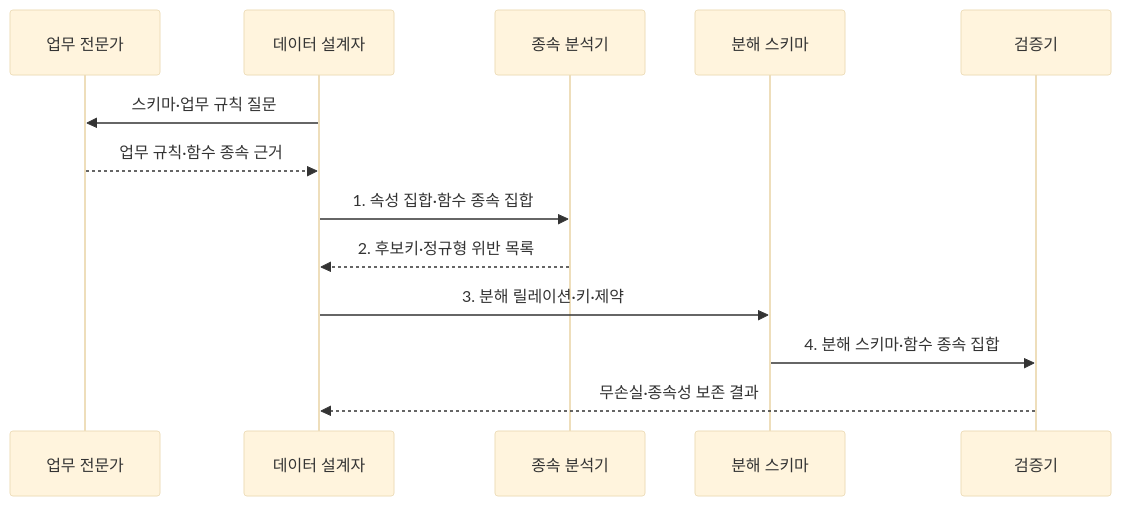
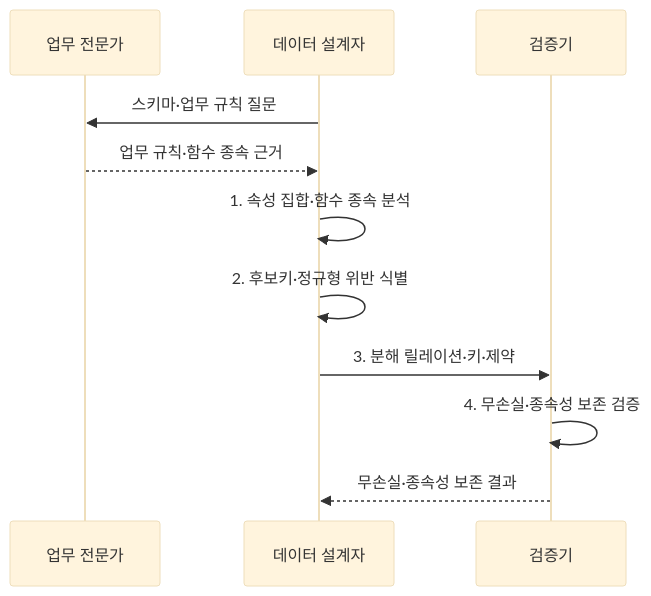
Before and after one commit to agnusdei1207/knowledge-base: the second of 2 diagrams in src/content/docs/notes/03-software/089_database_normalization.md, drawn with Mermaid (base theme). The commit also changed other lines of this file and 7 other files, not shown here.

Commit message:
Streamline software data diagrams

````diff
--- a/src/content/docs/notes/03-software/089_database_normalization.md
+++ b/src/content/docs/notes/03-software/089_database_normalization.md
@@ -100,15 +100,13 @@
 ```mermaid
 sequenceDiagram
     participant B as 업무 전문가
     participant D as 데이터 설계자
-    participant F as 종속 분석기
-    participant S as 분해 스키마
     participant V as 검증기
     D->>B: 스키마·업무 규칙 질문
     B-->>D: 업무 규칙·함수 종속 근거
-    D->>F: 1. 속성 집합·함수 종속 집합
-    F-->>D: 2. 후보키·정규형 위반 목록
-    D->>S: 3. 분해 릴레이션·키·제약
-    S->>V: 4. 분해 스키마·함수 종속 집합
+    D->>D: 1. 속성 집합·함수 종속 분석
+    D->>D: 2. 후보키·정규형 위반 식별
+    D->>V: 3. 분해 릴레이션·키·제약
+    V->>V: 4. 무손실·종속성 보존 검증
     V-->>D: 무손실·종속성 보존 결과
 ```
````
